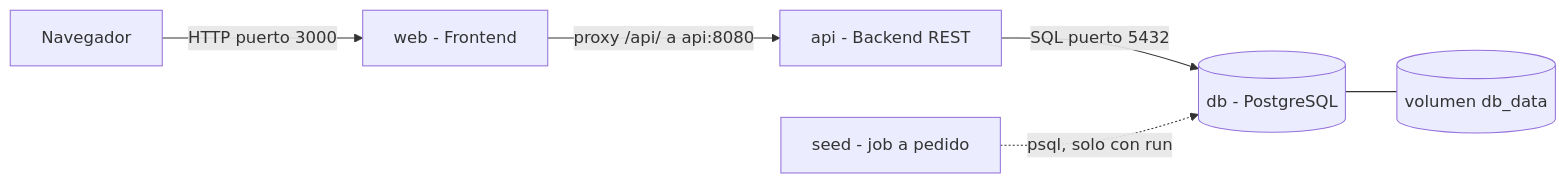
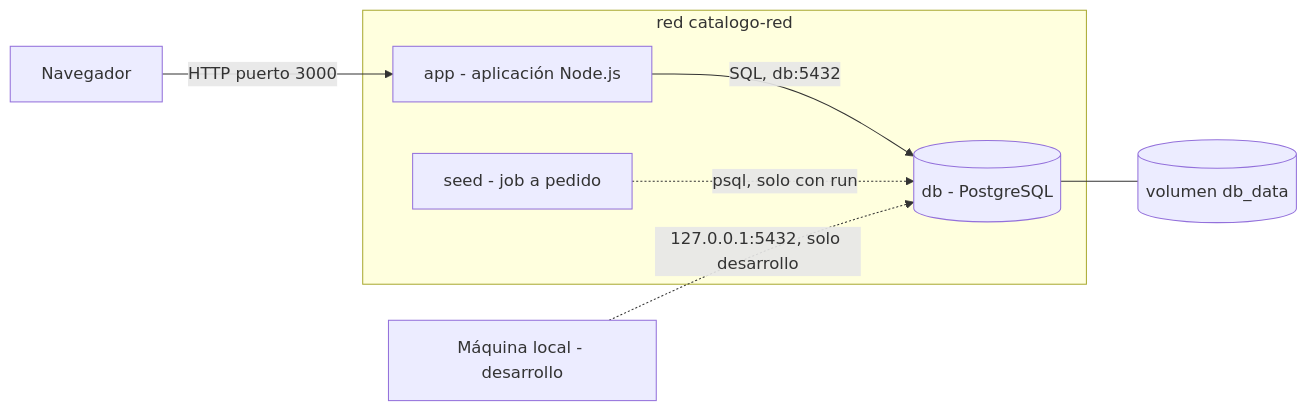
Before and after one commit to andresgomezgarcia01/cont-app-soft-u2: the first of 3 diagrams in docs/arquitectura.md, drawn with Mermaid. The commit also changed other lines of this file and 40 other files, not shown here.

````diff
--- a/docs/arquitectura.md
+++ b/docs/arquitectura.md
@@ -15,15 +17,17 @@
 ```mermaid
 flowchart LR
     N[Navegador]
-    W[web - Frontend]
-    A[api - Backend REST]
-    D[(db - PostgreSQL)]
-    S[seed - job a pedido]
+    L[Máquina local - desarrollo]
+    subgraph RED["red catalogo-red"]
+        A[app - aplicación Node.js]
+        D[(db - PostgreSQL)]
+        S[seed - job a pedido]
+    end
     V[(volumen db_data)]
 
-    N -->|HTTP puerto 3000| W
-    W -->|proxy /api/ a api:8080| A
-    A -->|SQL puerto 5432| D
+    N -->|HTTP puerto 3000| A
+    A -->|"SQL, db:5432"| D
     S -.->|psql, solo con run| D
     D --- V
+    L -.->|"127.0.0.1:5432, solo desarrollo"| D
 ```
````
